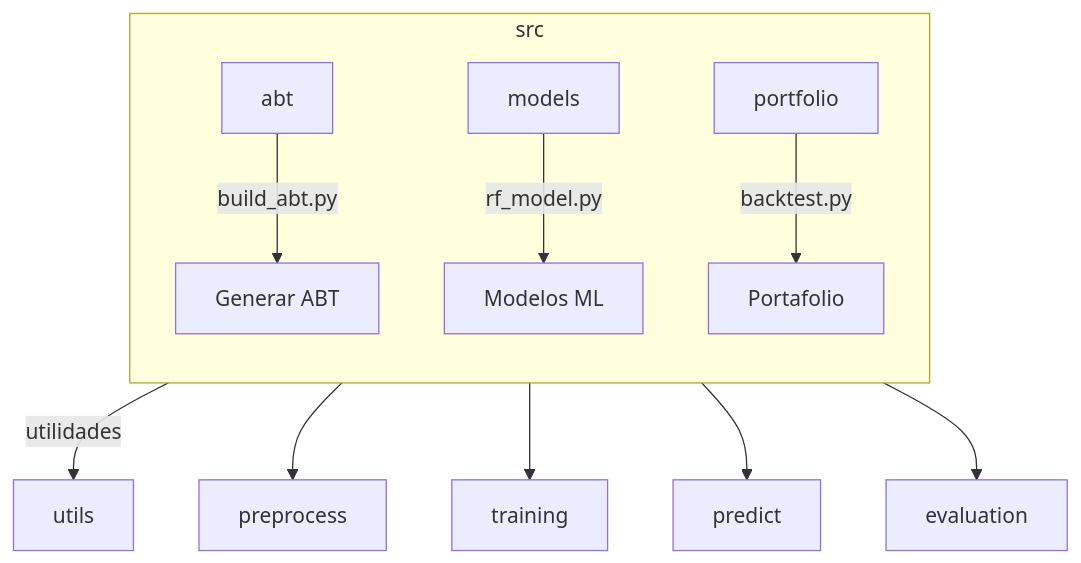
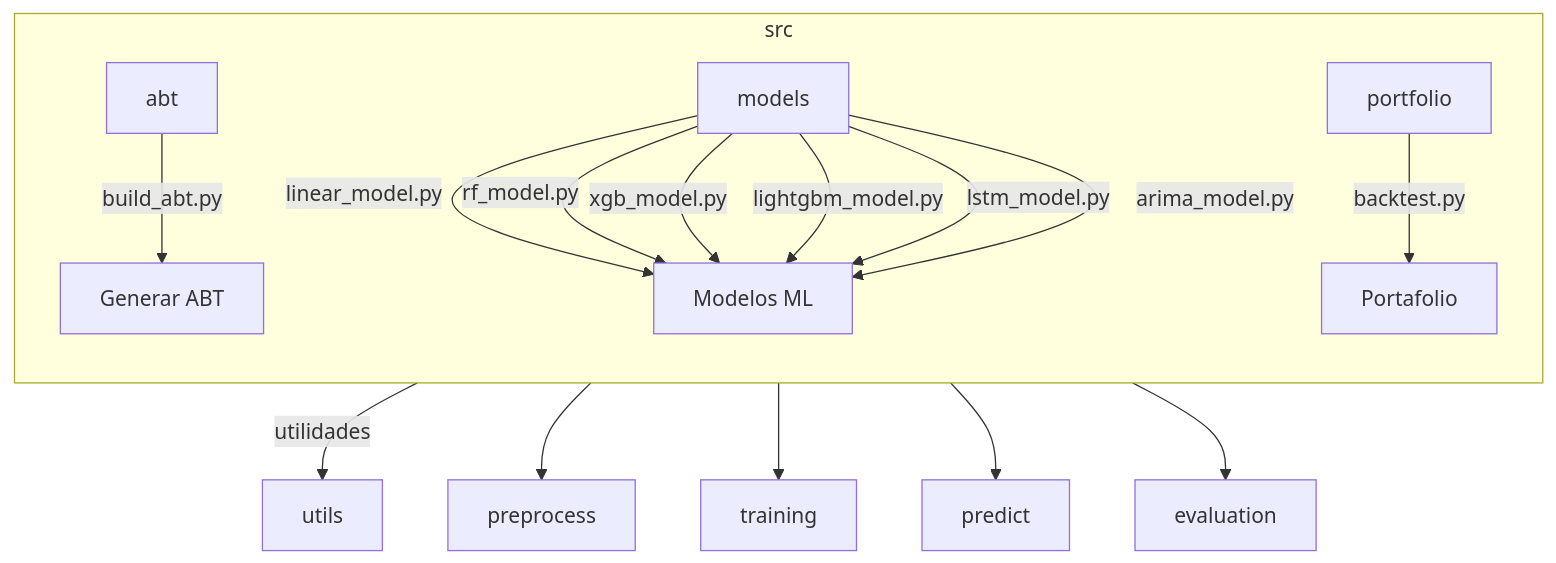
The second of 4 diagrams in README.md (jcval94/yahoo), drawn with Mermaid before and after one commit. The commit also changed other lines of this file and 9 other files, not shown here.

````diff
--- a/README.md
+++ b/README.md
@@ -57,14 +62,19 @@
 ```mermaid
 flowchart TB
     subgraph src
       direction TB
       A1[abt] -- build_abt.py --> A2[Generar ABT]
-      B1[models] -- rf_model.py --> B2[Modelos ML]
+      B1[models] -- linear_model.py --> B2[Modelos ML]
+      B1 -- rf_model.py --> B2
+      B1 -- xgb_model.py --> B2
+      B1 -- lightgbm_model.py --> B2
+      B1 -- lstm_model.py --> B2
+      B1 -- arima_model.py --> B2
       C1[portfolio] -- backtest.py --> C2[Portafolio]
     end
     src -->|utilidades| utils
     src --> preprocess
     src --> training
     src --> predict
     src --> evaluation
 ```
````
